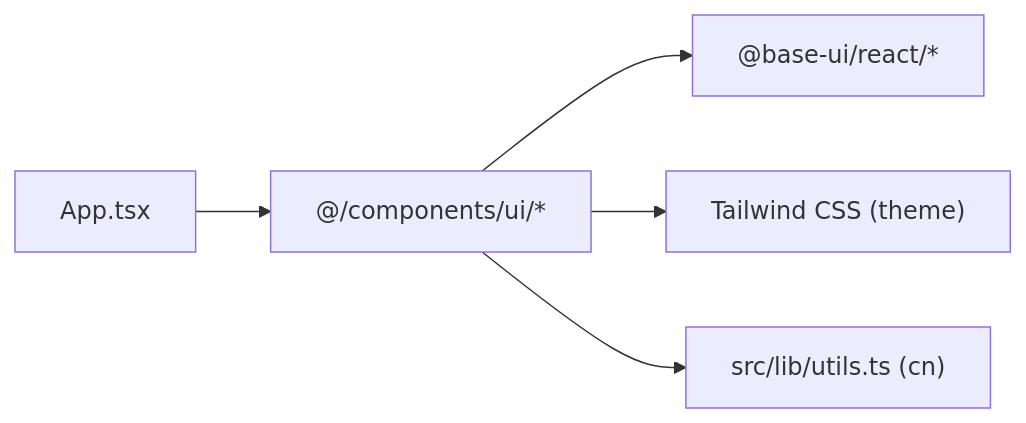
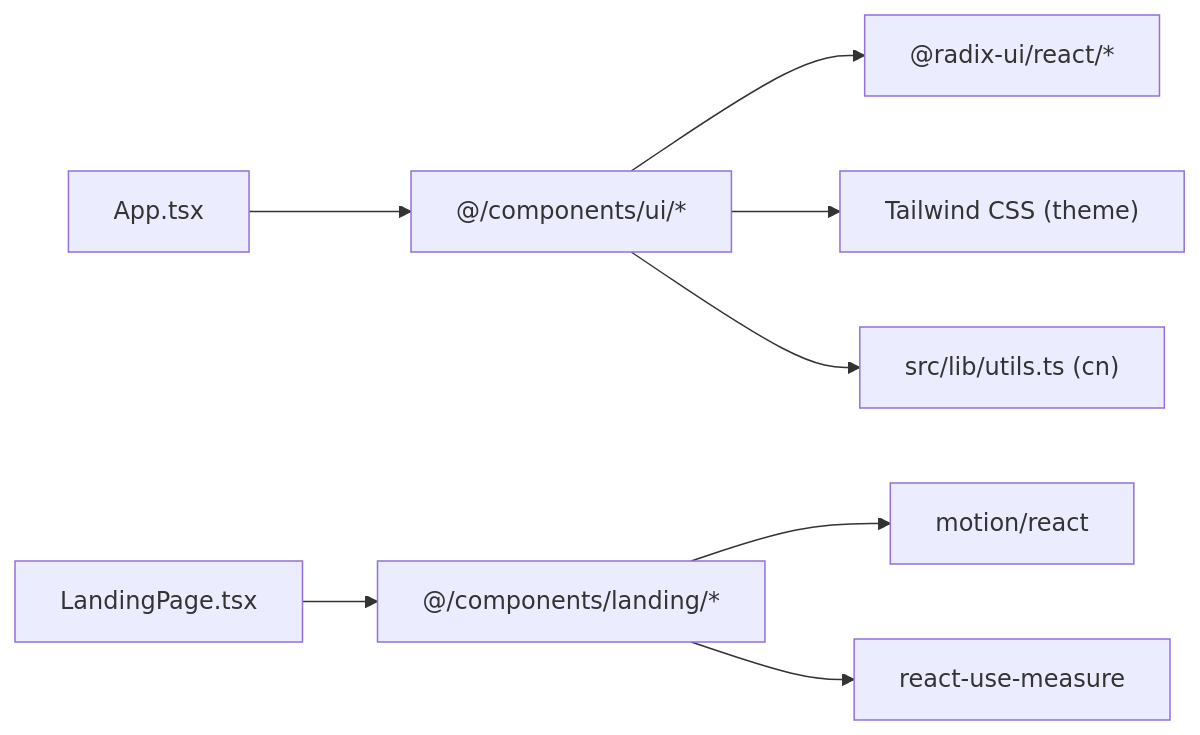
Before and after one commit to MudassarAbrar/FreshRoute-Ai: the second of 7 diagrams in .qoder/repowiki/en/content/Core Components/UI Component Library.md, drawn with Mermaid. The commit also changed other lines of this file and 4 other files, not shown here.

````diff
--- a/.qoder/repowiki/en/content/Core Components/UI Component Library.md
+++ b/.qoder/repowiki/en/content/Core Components/UI Component Library.md
@@ -126,7 +144,10 @@
 ```mermaid
 graph LR
 A["App.tsx"] --> B["@/components/ui/*"]
-B --> C["@base-ui/react/*"]
+B --> C["@radix-ui/react/*"]
 B --> D["Tailwind CSS (theme)"]
 B --> E["src/lib/utils.ts (cn)"]
+F["LandingPage.tsx"] --> G["@/components/landing/*"]
+G --> H["motion/react"]
+G --> I["react-use-measure"]
 ```
````
